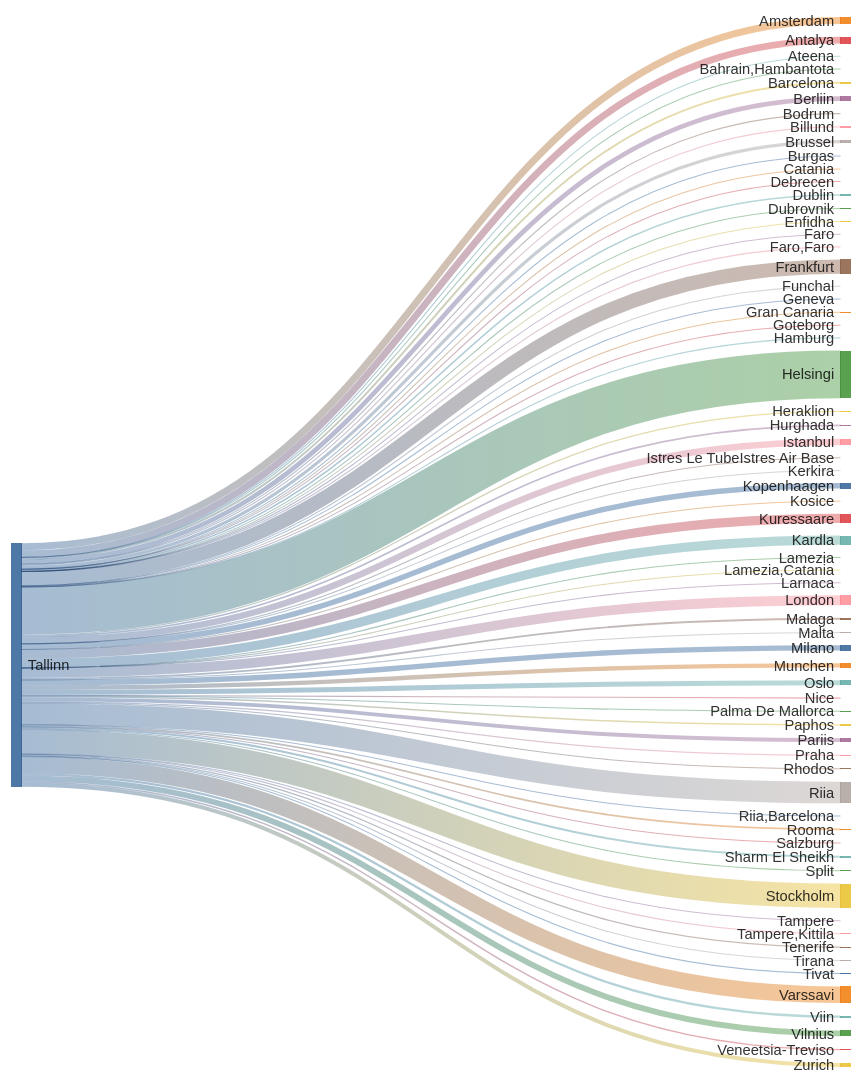
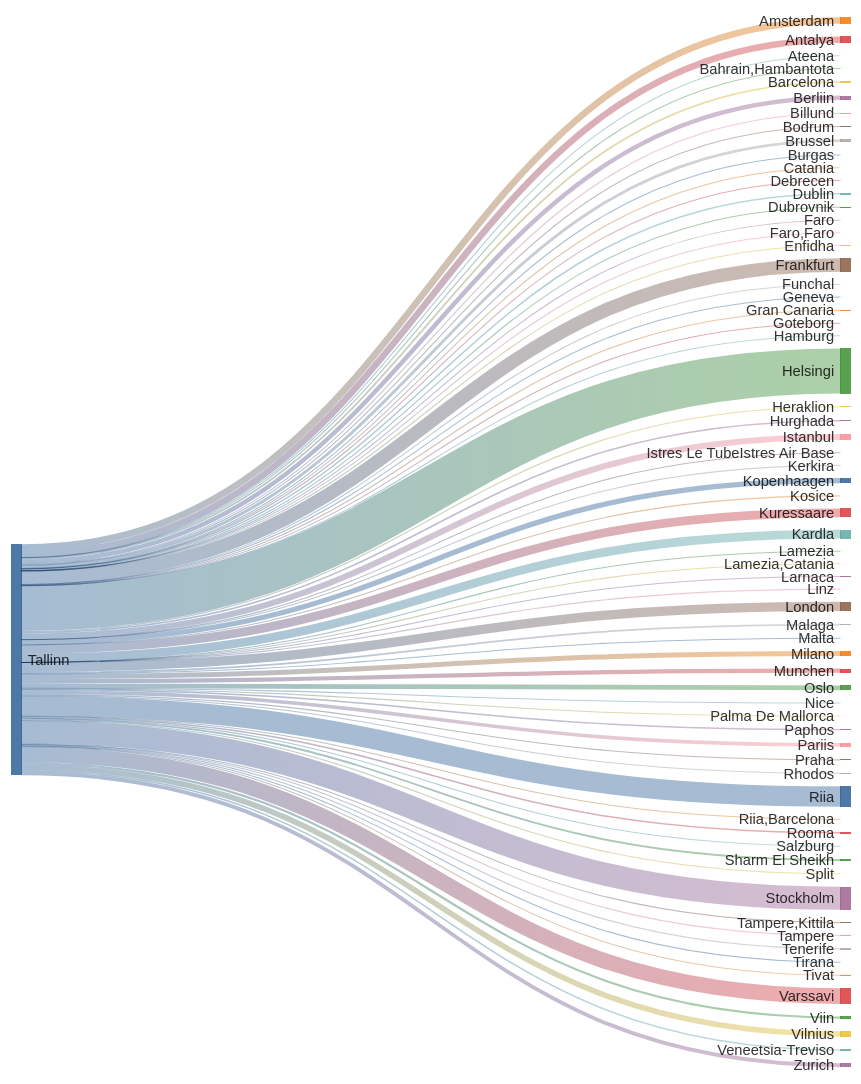
The second of 2 diagrams in README.md (rainermesi/tll-airport-departures), drawn with Mermaid before and after one commit. The commit also changed other lines of this file and 1 other file, not shown here.

````diff
--- a/README.md
+++ b/README.md
@@ -34,78 +34,79 @@
 ```mermaid
 ---
 config:
   sankey:
     showValues: false
     width: 800
     height: 1000
 ---
 sankey-beta
 %% source,target,value
-Tallinn,Amsterdam,329
-Tallinn,Antalya,320
+Tallinn,Amsterdam,331
+Tallinn,Antalya,322
 Tallinn,Ateena,16
 Tallinn,"Bahrain,Hambantota",1
 Tallinn,Barcelona,91
-Tallinn,Berliin,218
+Tallinn,Berliin,220
 Tallinn,Billund,54
 Tallinn,Bodrum,11
-Tallinn,Brussel,143
+Tallinn,Brussel,144
 Tallinn,Burgas,26
 Tallinn,Catania,2
 Tallinn,Debrecen,1
 Tallinn,Dublin,73
 Tallinn,Dubrovnik,21
 Tallinn,Enfidha,7
 Tallinn,Faro,4
 Tallinn,"Faro,Faro",1
-Tallinn,Frankfurt,660
+Tallinn,Frankfurt,663
 Tallinn,Funchal,5
 Tallinn,Geneva,13
 Tallinn,Gran Canaria,38
 Tallinn,Goteborg,1
 Tallinn,Hamburg,2
-Tallinn,Helsingi,2218
+Tallinn,Helsingi,2228
 Tallinn,Heraklion,56
 Tallinn,Hurghada,75
-Tallinn,Istanbul,297
+Tallinn,Istanbul,299
 Tallinn,Istres Le TubeIstres Air Base,2
 Tallinn,Kerkira,4
-Tallinn,Kopenhaagen,256
+Tallinn,Kopenhaagen,259
 Tallinn,Kosice,1
-Tallinn,Kuressaare,429
-Tallinn,Kardla,429
+Tallinn,Kuressaare,431
+Tallinn,Kardla,431
 Tallinn,Lamezia,1
 Tallinn,"Lamezia,Catania",3
 Tallinn,Larnaca,4
-Tallinn,London,457
+Tallinn,Linz,2
+Tallinn,London,458
 Tallinn,Malaga,86
 Tallinn,Malta,18
 Tallinn,Milano,250
-Tallinn,Munchen,205
+Tallinn,Munchen,207
 Tallinn,Nice,30
-Tallinn,Oslo,234
+Tallinn,Oslo,235
 Tallinn,Palma De Mallorca,22
 Tallinn,Paphos,66
-Tallinn,Pariis,180
+Tallinn,Pariis,182
 Tallinn,Praha,57
-Tallinn,Rhodos,37
-Tallinn,Riia,1000
+Tallinn,Rhodos,38
+Tallinn,Riia,1004
 Tallinn,"Riia,Barcelona",1
 Tallinn,Rooma,80
 Tallinn,Salzburg,14
 Tallinn,Sharm El Sheikh,93
 Tallinn,Split,31
-Tallinn,Stockholm,1132
+Tallinn,Stockholm,1137
 Tallinn,Tampere,17
 Tallinn,"Tampere,Kittila",21
 Tallinn,Tenerife,58
-Tallinn,Tirana,10
-Tallinn,Tivat,33
-Tallinn,Varssavi,768
+Tallinn,Tirana,11
+Tallinn,Tivat,34
+Tallinn,Varssavi,771
 Tallinn,Veneetsia-Treviso,67
 Tallinn,Viin,106
-Tallinn,Vilnius,273
-Tallinn,Zurich,186
+Tallinn,Vilnius,275
+Tallinn,Zurich,187
 
 
 ```
````
